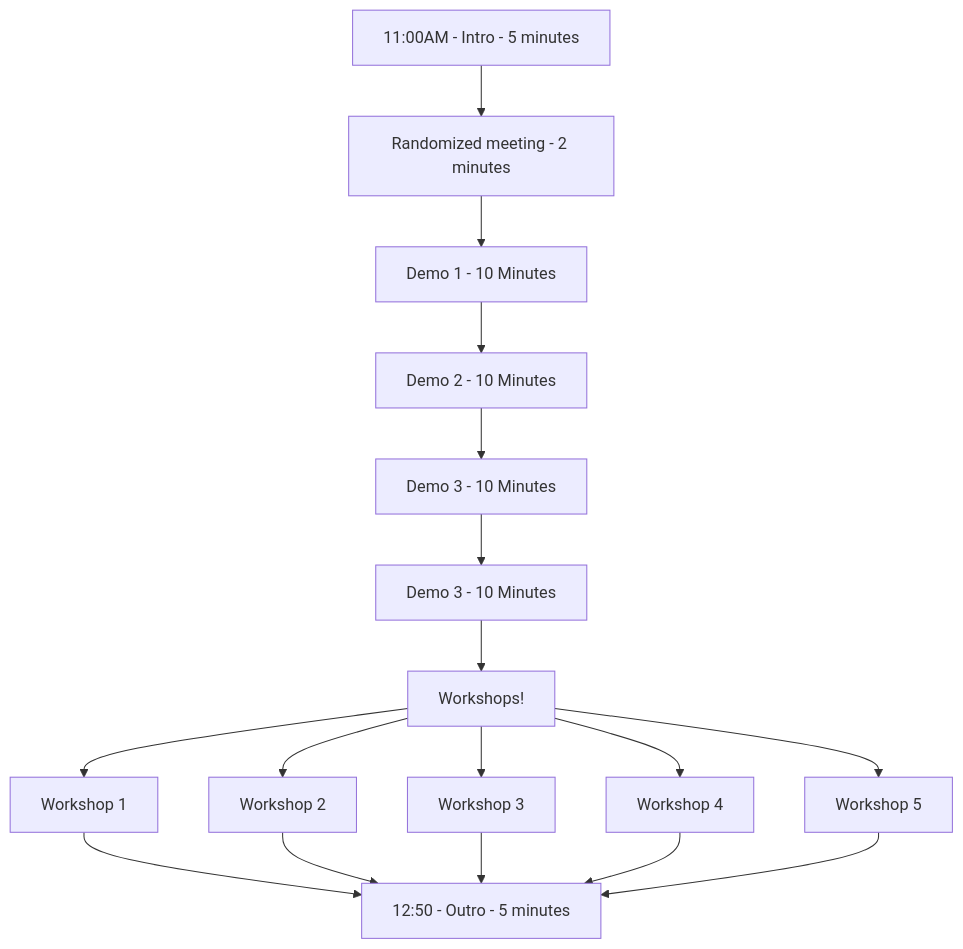
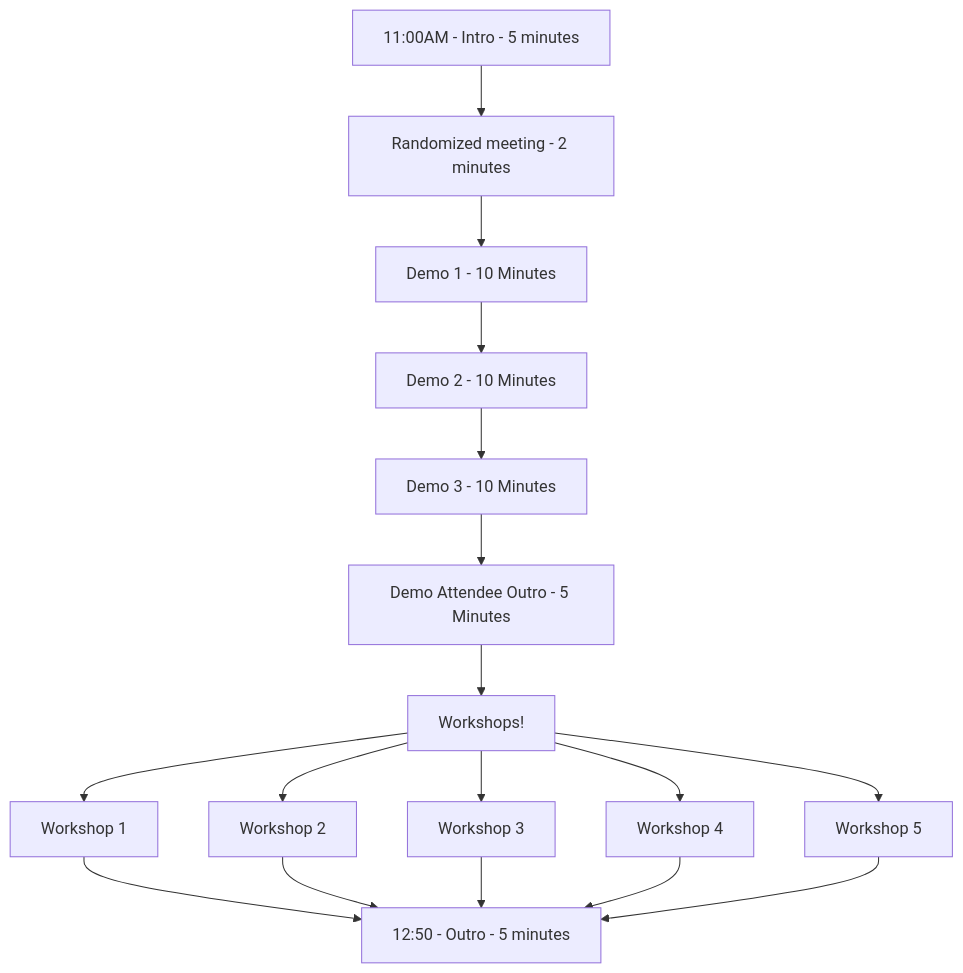
The diagram in Structure.md (Brale-xyz/dayzero), drawn with Mermaid before and after one commit.

````diff
--- a/Structure.md
+++ b/Structure.md
@@ -1,17 +1,17 @@
 ```mermaid
 graph TD
     A[11:00AM - Intro - 5 minutes] --> B[Randomized meeting - 2 minutes]
     B --> C[Demo 1 - 10 Minutes]
     C --> D[Demo 2 - 10 Minutes]
     D --> E[Demo 3 - 10 Minutes]
-    E --> F[Demo 3 - 10 Minutes]
+    E --> F[Demo Attendee Outro - 5 Minutes]
     F --> G[Workshops!]
     
     G --> H[Workshop 1]
     G --> I[Workshop 2]
     G --> J[Workshop 3]
     G --> K[Workshop 4]
     G --> L[Workshop 5]
     
     H & I & J & K & L --> N[12:50 - Outro - 5 minutes]
 ```
````
